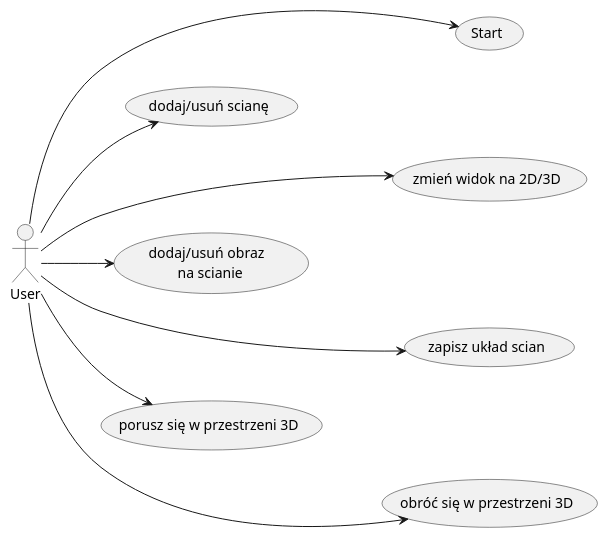
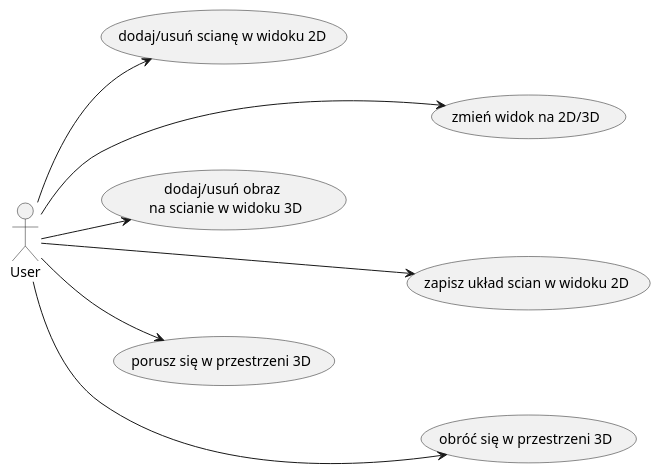
Before and after one commit to bogumil-latuszek/virtual_gallery_3D: the diagram in uml/use_case.puml, drawn with PlantUML.

Commit message:
update use case diagram (show which functions are 2D or 3D view specific)

```diff
--- a/uml/use_case.puml
+++ b/uml/use_case.puml
@@ -1,16 +1,15 @@
 @startuml
 'https://plantuml.com/use-case-diagram
 
 left to right direction
 
 :User: as u
 
-u ---> (Start)
-u --> (dodaj/usuń scianę)
+u --> (dodaj/usuń scianę w widoku 2D)
 u ---> (zmień widok na 2D/3D)
-u --> (dodaj/usuń obraz \n na scianie)
-u ---> (zapisz układ scian)
+u --> (dodaj/usuń obraz \n na scianie w widoku 3D)
+u ---> (zapisz układ scian w widoku 2D)
 u --> (porusz się w przestrzeni 3D)
 u ---> (obróć się w przestrzeni 3D)
 
 @enduml
```
